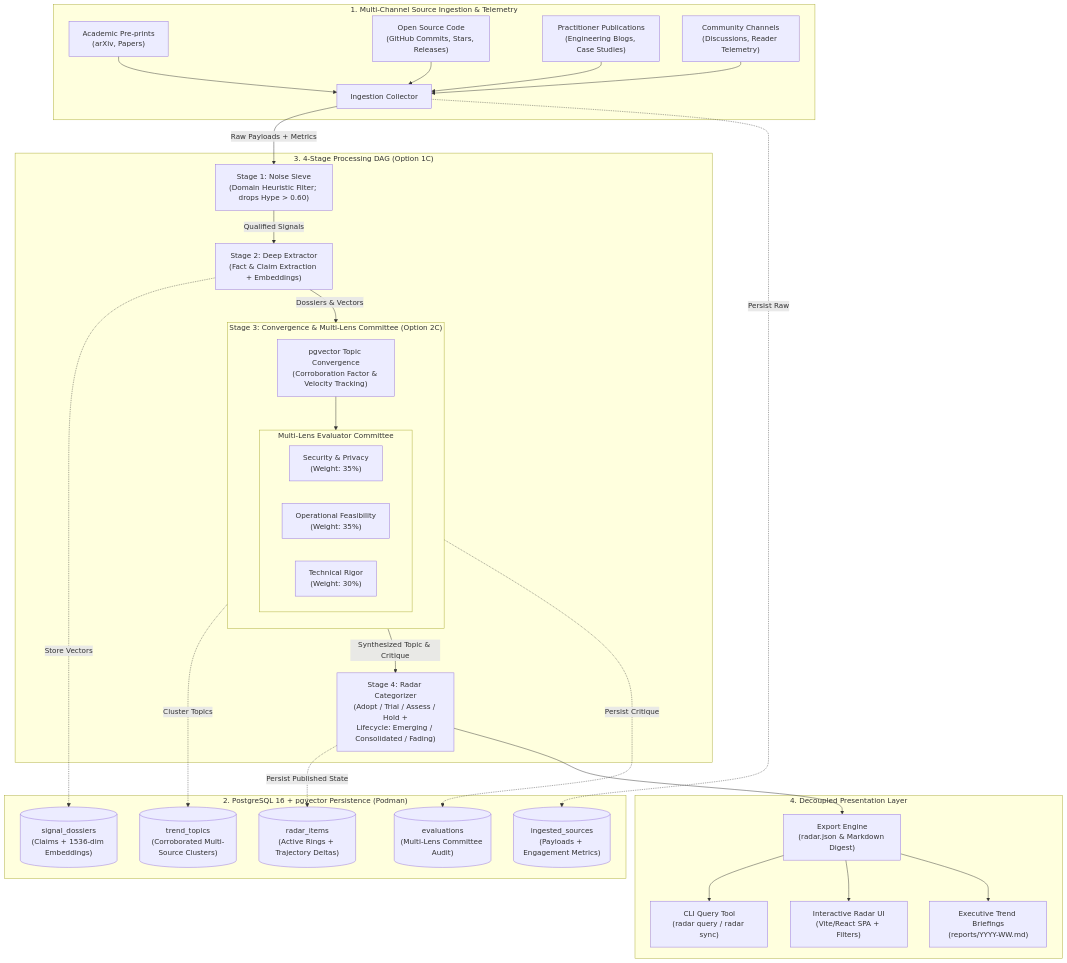
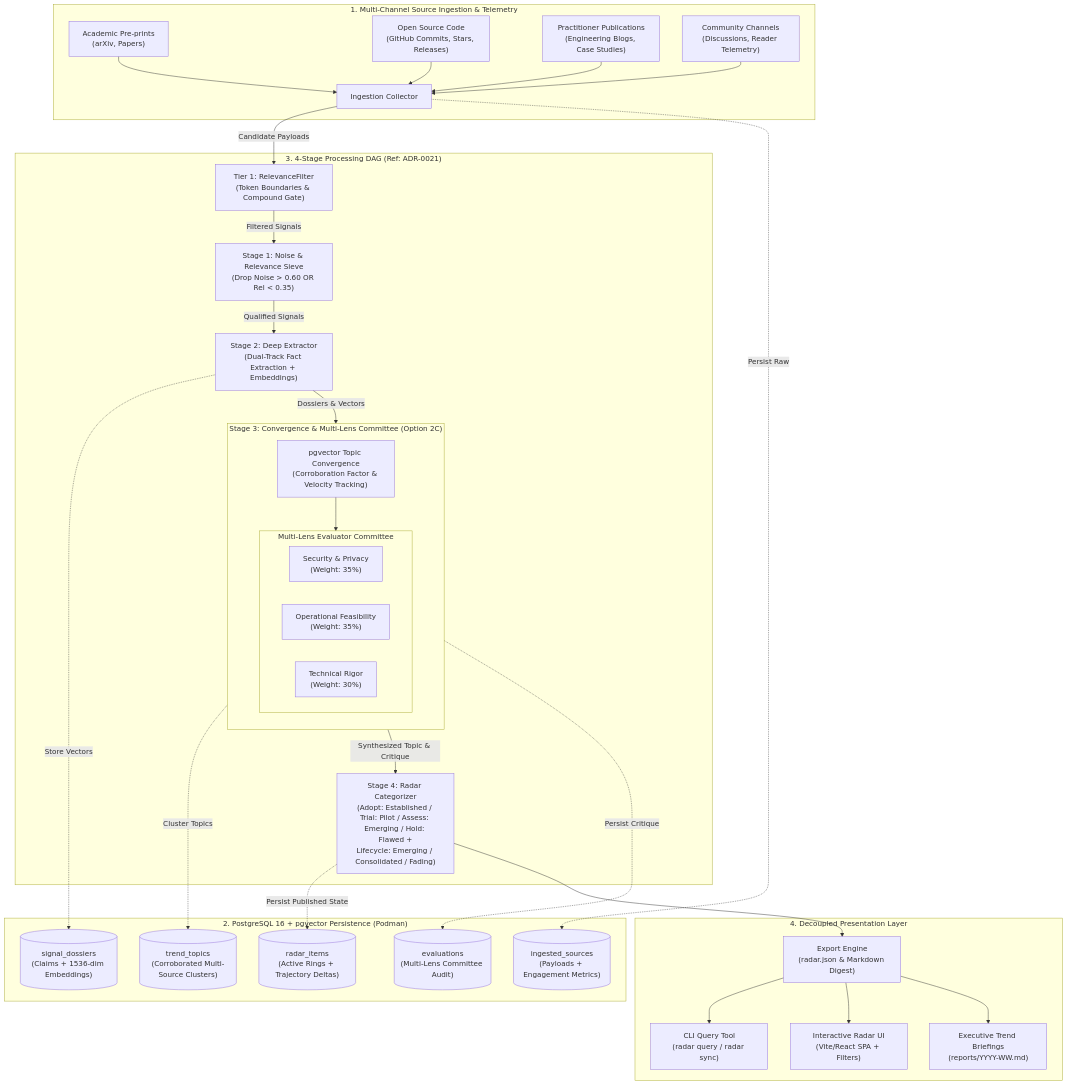
The first of 2 diagrams in docs/design/architecture.md (cdr74/trend_research), drawn with Mermaid before and after one commit. The commit also changed 26 other files, not shown here.

Commit message:
feat(domain): implement multi-tiered relevance filter and financial dual-track architecture (Ref: ADR-0021, Backlog M6)

````diff
--- a/docs/design/architecture.md
+++ b/docs/design/architecture.md
@@ -25,52 +25,53 @@
 ```mermaid
 flowchart TD
     subgraph Ingestion ["1. Multi-Channel Source Ingestion & Telemetry"]
         A1["Academic Pre-prints\n(arXiv, Papers)"] --> ING["Ingestion Collector"]
         A2["Open Source Code\n(GitHub Commits, Stars, Releases)"] --> ING
         A3["Practitioner Publications\n(Engineering Blogs, Case Studies)"] --> ING
         A4["Community Channels\n(Discussions, Reader Telemetry)"] --> ING
     end
 
     subgraph Storage ["2. PostgreSQL 16 + pgvector Persistence (Podman)"]
         DB_RAW[("ingested_sources\n(Payloads + Engagement Metrics)")]
         DB_DOS[("signal_dossiers\n(Claims + 1536-dim Embeddings)")]
         DB_TOP[("trend_topics\n(Corroborated Multi-Source Clusters)")]
         DB_EVAL[("evaluations\n(Multi-Lens Committee Audit)")]
         DB_RADAR[("radar_items\n(Active Rings + Trajectory Deltas)")]
     end
 
-    subgraph Pipeline ["3. 4-Stage Processing DAG (Option 1C)"]
-        ING -->|"Raw Payloads + Metrics"| ST1["Stage 1: Noise Sieve\n(Domain Heuristic Filter; drops Hype > 0.60)"]
-        ST1 -->|"Qualified Signals"| ST2["Stage 2: Deep Extractor\n(Fact & Claim Extraction + Embeddings)"]
+    subgraph Pipeline ["3. 4-Stage Processing DAG (Ref: ADR-0021)"]
+        ING -->|"Candidate Payloads"| T1["Tier 1: RelevanceFilter\n(Token Boundaries & Compound Gate)"]
+        T1 -->|"Filtered Signals"| ST1["Stage 1: Noise & Relevance Sieve\n(Drop Noise > 0.60 OR Rel < 0.35)"]
+        ST1 -->|"Qualified Signals"| ST2["Stage 2: Deep Extractor\n(Dual-Track Fact Extraction + Embeddings)"]
         
         subgraph Stage3 ["Stage 3: Convergence & Multi-Lens Committee (Option 2C)"]
             direction TB
             CORR["pgvector Topic Convergence\n(Corroboration Factor & Velocity Tracking)"]
             
             subgraph Committee ["Multi-Lens Evaluator Committee"]
                 direction LR
                 L_SEC["Security & Privacy\n(Weight: 35%)"]
                 L_OPS["Operational Feasibility\n(Weight: 35%)"]
                 L_VAL["Technical Rigor\n(Weight: 30%)"]
             end
             
             CORR --> Committee
         end
 
         ST2 -->|"Dossiers & Vectors"| Stage3
-        Stage3 -->|"Synthesized Topic & Critique"| ST4["Stage 4: Radar Categorizer\n(Adopt / Trial / Assess / Hold +\nLifecycle: Emerging / Consolidated / Fading)"]
+        Stage3 -->|"Synthesized Topic & Critique"| ST4["Stage 4: Radar Categorizer\n(Adopt: Established / Trial: Pilot / Assess: Emerging / Hold: Flawed +\nLifecycle: Emerging / Consolidated / Fading)"]
     end
 
     ING -.->|"Persist Raw"| DB_RAW
     ST2 -.->|"Store Vectors"| DB_DOS
     CORR -.->|"Cluster Topics"| DB_TOP
     Committee -.->|"Persist Critique"| DB_EVAL
     ST4 -.->|"Persist Published State"| DB_RADAR
 
     subgraph Presentation ["4. Decoupled Presentation Layer"]
         ST4 --> EXP["Export Engine\n(radar.json & Markdown Digest)"]
         EXP --> CLI["CLI Query Tool\n(radar query / radar sync)"]
         EXP --> WEB["Interactive Radar UI\n(Vite/React SPA + Filters)"]
         EXP --> REP["Executive Trend Briefings\n(reports/YYYY-WW.md)"]
     end
 ```
````
